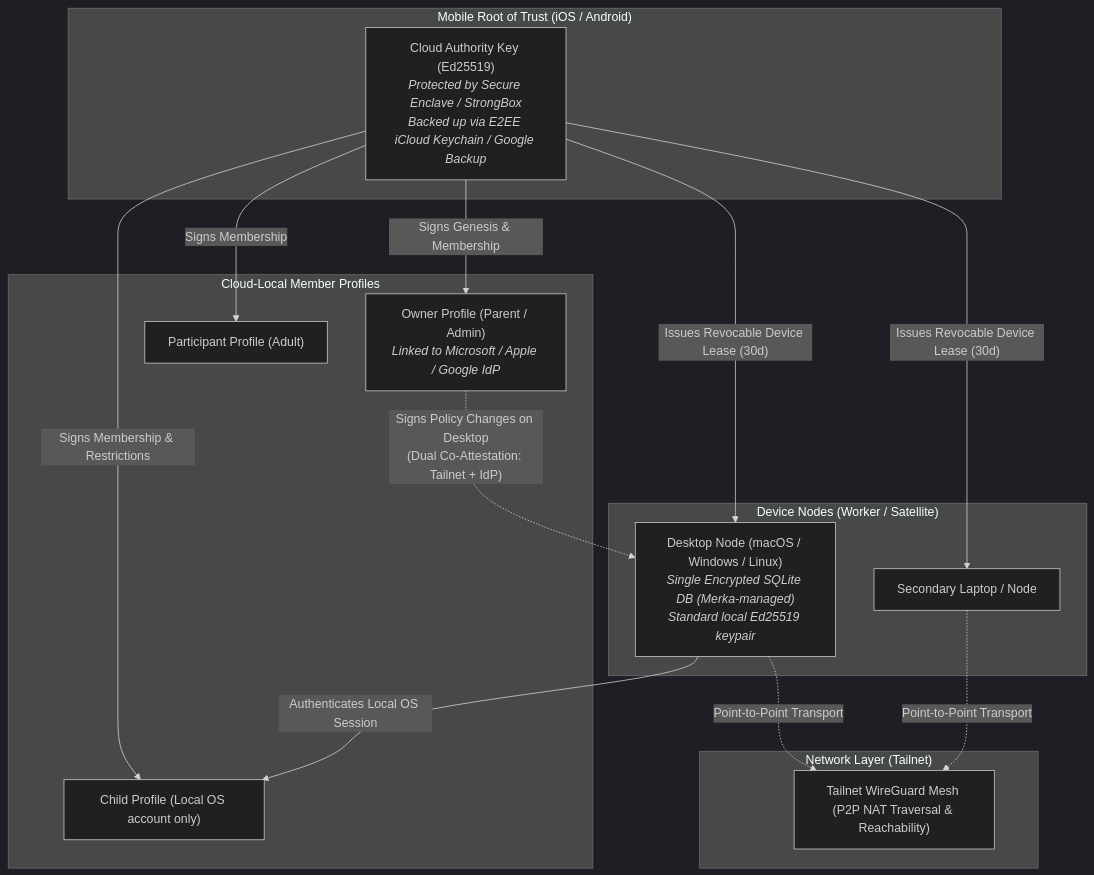
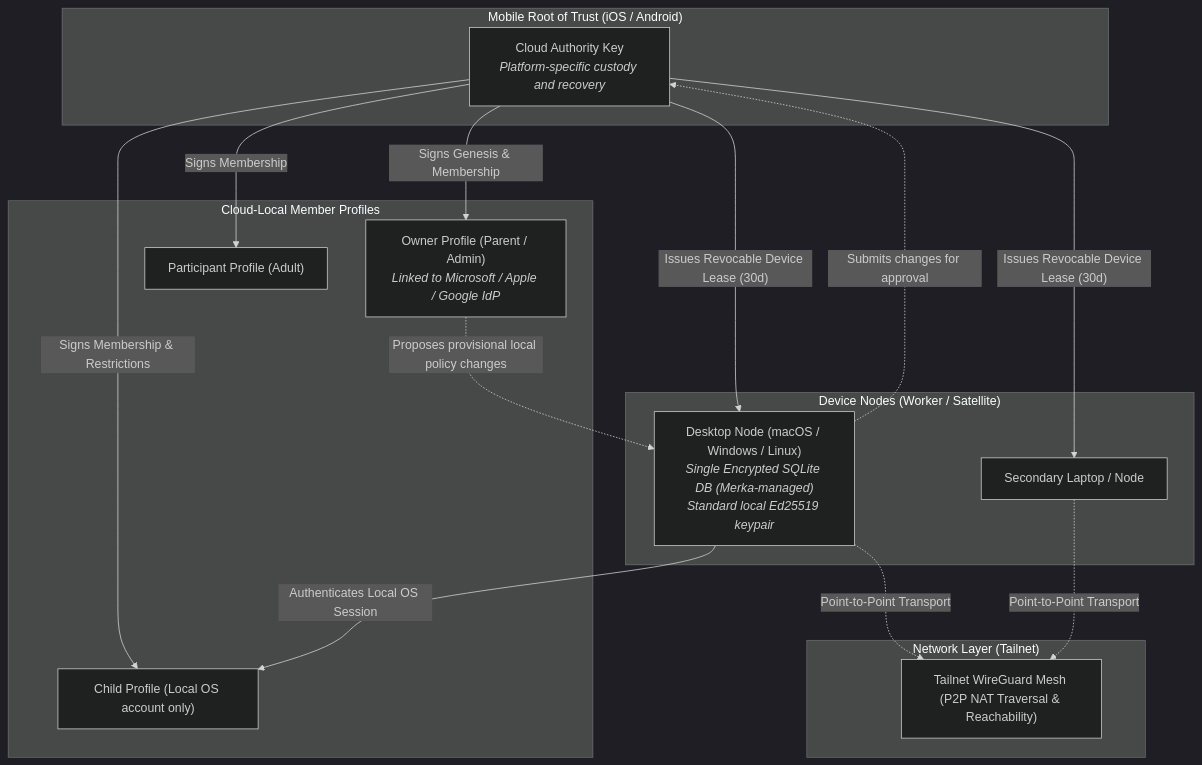
The first of 3 diagrams in docs/architecture/security.md (adir1/merka.cloud), drawn with Mermaid (dark theme) before and after one commit. The commit also changed other lines of this file, not shown here.

````diff
--- a/docs/architecture/security.md
+++ b/docs/architecture/security.md
@@ -25,31 +25,32 @@
 ```mermaid
 flowchart TD
     subgraph MobileAnchor["Mobile Root of Trust (iOS / Android)"]
-        CA["Cloud Authority Key (Ed25519)<br/><i>Protected by Secure Enclave / StrongBox</i><br/><i>Backed up via E2EE iCloud Keychain / Google Backup</i>"]
+        CA["Cloud Authority Key<br/><i>Platform-specific custody and recovery</i>"]
     end
 
     subgraph Members["Cloud-Local Member Profiles"]
         MO["Owner Profile (Parent / Admin)<br/><i>Linked to Microsoft / Apple / Google IdP</i>"]
         MP["Participant Profile (Adult)"]
         MC["Child Profile (Local OS account only)"]
     end
 
     subgraph EnrolledDevices["Device Nodes (Worker / Satellite)"]
         D1["Desktop Node (macOS / Windows / Linux)<br/><i>Single Encrypted SQLite DB (Merka-managed)</i><br/><i>Standard local Ed25519 keypair</i>"]
         D2["Secondary Laptop / Node"]
     end
 
     subgraph Transport["Network Layer (Tailnet)"]
         TN["Tailnet WireGuard Mesh (P2P NAT Traversal & Reachability)"]
     end
 
     CA -->|"Signs Genesis & Membership"| MO
     CA -->|"Signs Membership"| MP
     CA -->|"Signs Membership & Restrictions"| MC
     CA -->|"Issues Revocable Device Lease (30d)"| D1
     CA -->|"Issues Revocable Device Lease (30d)"| D2
     D1 -.->|"Point-to-Point Transport"| TN
     D2 -.->|"Point-to-Point Transport"| TN
     D1 -->|"Authenticates Local OS Session"| MC
-    MO -.->|"Signs Policy Changes on Desktop<br/>(Dual Co-Attestation: Tailnet + IdP)"| D1
+    MO -.->|"Proposes provisional local policy changes"| D1
+    D1 -.->|"Submits changes for approval"| CA
 ```
````
